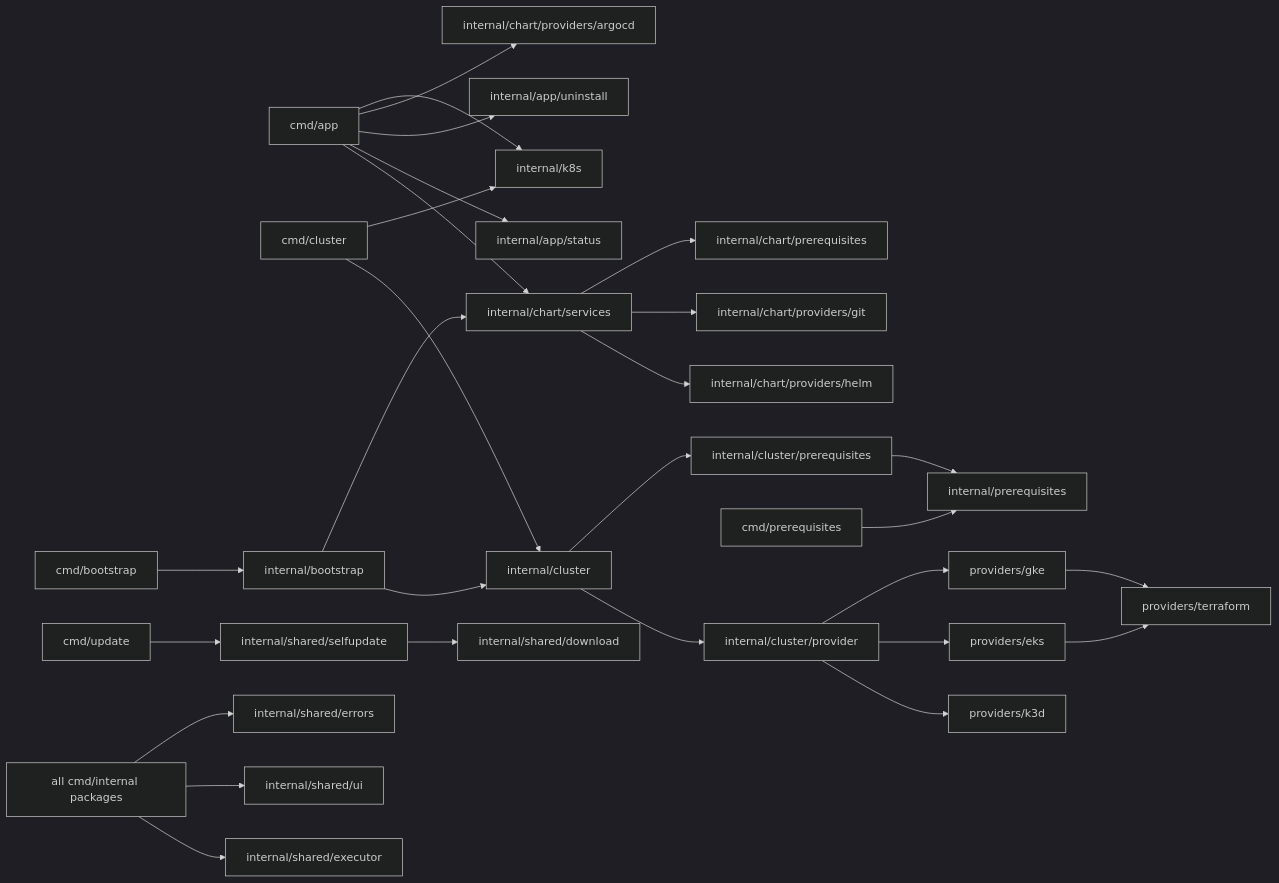
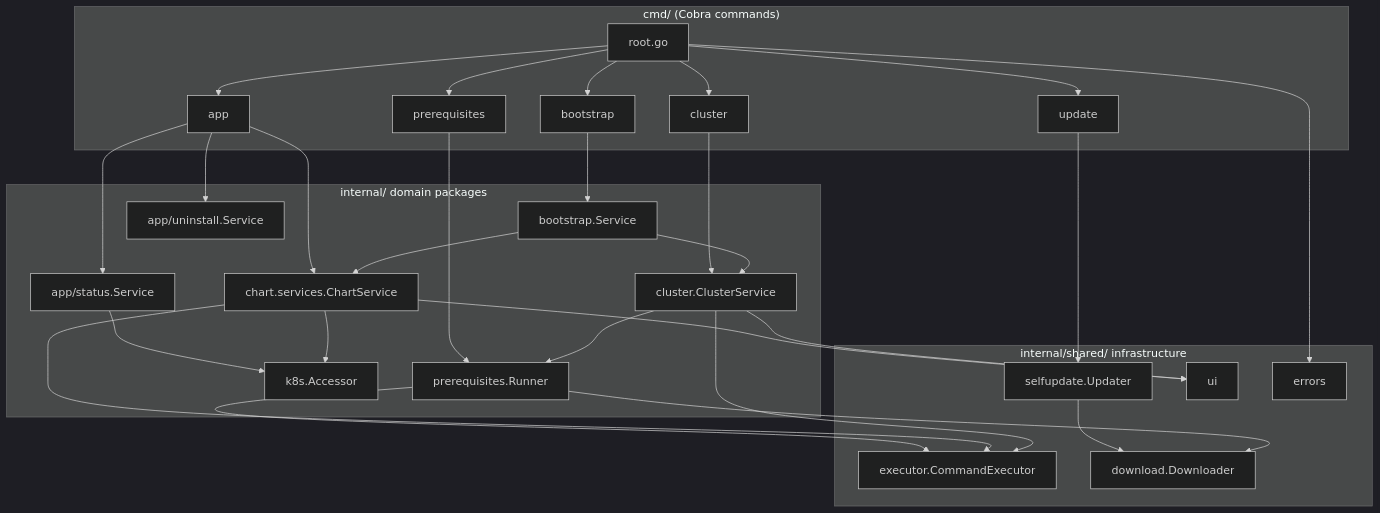
Before and after one commit to flamingo-stack/openframe-cli: the second of 3 diagrams in docs/development/architecture/README.md, drawn with Mermaid (dark theme). The commit also changed other lines of this file and 223 other files, not shown here.

````diff
--- a/docs/development/architecture/README.md
+++ b/docs/development/architecture/README.md
@@ -104,36 +97,62 @@
 ```mermaid
-graph LR
-    cmdApp["cmd/app"] --> chartServices["internal/chart/services"]
-    cmdApp --> appStatus["internal/app/status"]
-    cmdApp --> appUninstall["internal/app/uninstall"]
-    cmdApp --> argocdProvider["internal/chart/providers/argocd"]
+flowchart TB
+    subgraph CmdLayer["cmd/ (Cobra commands)"]
+        CmdRoot[root.go]
+        CmdBootstrap[bootstrap]
+        CmdCluster[cluster]
+        CmdApp[app]
+        CmdPrereq[prerequisites]
+        CmdUpdate[update]
+    end
 
-    cmdCluster["cmd/cluster"] --> clusterPkg["internal/cluster"]
-    clusterPkg --> clusterProvider["internal/cluster/provider"]
-    clusterProvider --> k3dProv["providers/k3d"]
-    clusterProvider --> eksProv["providers/eks"]
-    clusterProvider --> gkeProv["providers/gke"]
-    eksProv --> terraformProv["providers/terraform"]
-    gkeProv --> terraformProv
+    subgraph Domain["internal/ domain packages"]
+        BootstrapSvc["bootstrap.Service"]
+        ClusterPkg["cluster.ClusterService"]
+        ChartPkg["chart.services.ChartService"]
+        AppStatusPkg["app/status.Service"]
+        AppUninstallPkg["app/uninstall.Service"]
+        PrereqPkg["prerequisites.Runner"]
+        K8sPkg["k8s.Accessor"]
+    end
 
-    cmdBootstrap["cmd/bootstrap"] --> bootstrapSvc["internal/bootstrap"]
-    bootstrapSvc --> clusterPkg
-    bootstrapSvc --> chartServices
+    subgraph Infra["internal/shared/ infrastructure"]
+        ExecutorPkg["executor.CommandExecutor"]
+        DownloadPkg["download.Downloader"]
+        SelfUpdatePkg["selfupdate.Updater"]
+        UIPkg[ui]
+        ErrorsPkg[errors]
+    end
 
-    chartServices --> helmProvider["internal/chart/providers/helm"]
-    chartServices --> gitProvider["internal/chart/providers/git"]
-    chartServices --> chartPrereq["internal/chart/prerequisites"]
+    CmdRoot --> CmdBootstrap
+    CmdRoot --> CmdCluster
+    CmdRoot --> CmdApp
+    CmdRoot --> CmdPrereq
+    CmdRoot --> CmdUpdate
 
-    cmdPrereq["cmd/prerequisites"] --> prereqFw["internal/prerequisites"]
-    clusterPkg --> clusterPrereqSets["internal/cluster/prerequisites"]
-    clusterPrereqSets --> prereqFw
+    CmdBootstrap --> BootstrapSvc
+    BootstrapSvc --> ClusterPkg
+    BootstrapSvc --> ChartPkg
 
-    cmdUpdate["cmd/update"] --> selfupdate["internal/shared/selfupdate"]
-    selfupdate --> download["internal/shared/download"]
+    CmdCluster --> ClusterPkg
+    ClusterPkg --> PrereqPkg
 
-    everything["all cmd/internal packages"] --> executor["internal/shared/executor"]
-    everything --> sharedUI["internal/shared/ui"]
-    everything --> sharedErrors["internal/shared/errors"]
-    cmdCluster --> k8sPkg["internal/k8s"]
-    cmdApp --> k8sPkg
+    CmdApp --> ChartPkg
+    CmdApp --> AppStatusPkg
+    CmdApp --> AppUninstallPkg
+    ChartPkg --> K8sPkg
+    AppStatusPkg --> K8sPkg
+
+    CmdPrereq --> PrereqPkg
+    PrereqPkg --> DownloadPkg
+
+    CmdUpdate --> SelfUpdatePkg
+    SelfUpdatePkg --> DownloadPkg
+
+    ClusterPkg --> ExecutorPkg
+    ChartPkg --> ExecutorPkg
+    PrereqPkg --> ExecutorPkg
+
+    ClusterPkg --> UIPkg
+    ChartPkg --> UIPkg
+    CmdRoot --> ErrorsPkg
 ```
````
